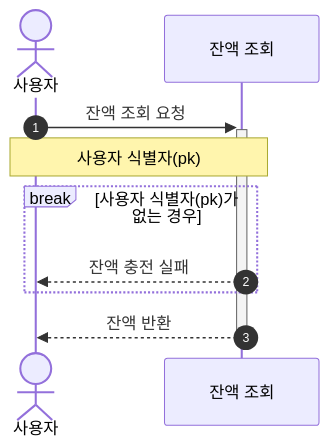
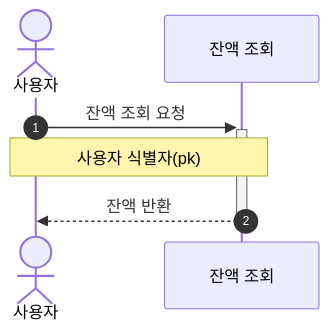
The sixth of 7 diagrams in README.md (kdelay/Concert-Booking), drawn with Mermaid before and after one commit. The commit also changed other lines of this file, not shown here.

````diff
--- a/README.md
+++ b/README.md
@@ -152,14 +146,10 @@
 ```mermaid
 sequenceDiagram
     autonumber
     actor 사용자
     
     사용자 ->>+ 잔액 조회: 잔액 조회 요청
     Note over 사용자, 잔액 조회: 사용자 식별자(pk)
-
-    break 사용자 식별자(pk)가 없는 경우
-      잔액 조회 -->> 사용자: 잔액 충전 실패
-    end
   
     잔액 조회 -->>- 사용자: 잔액 반환
 ```
````
